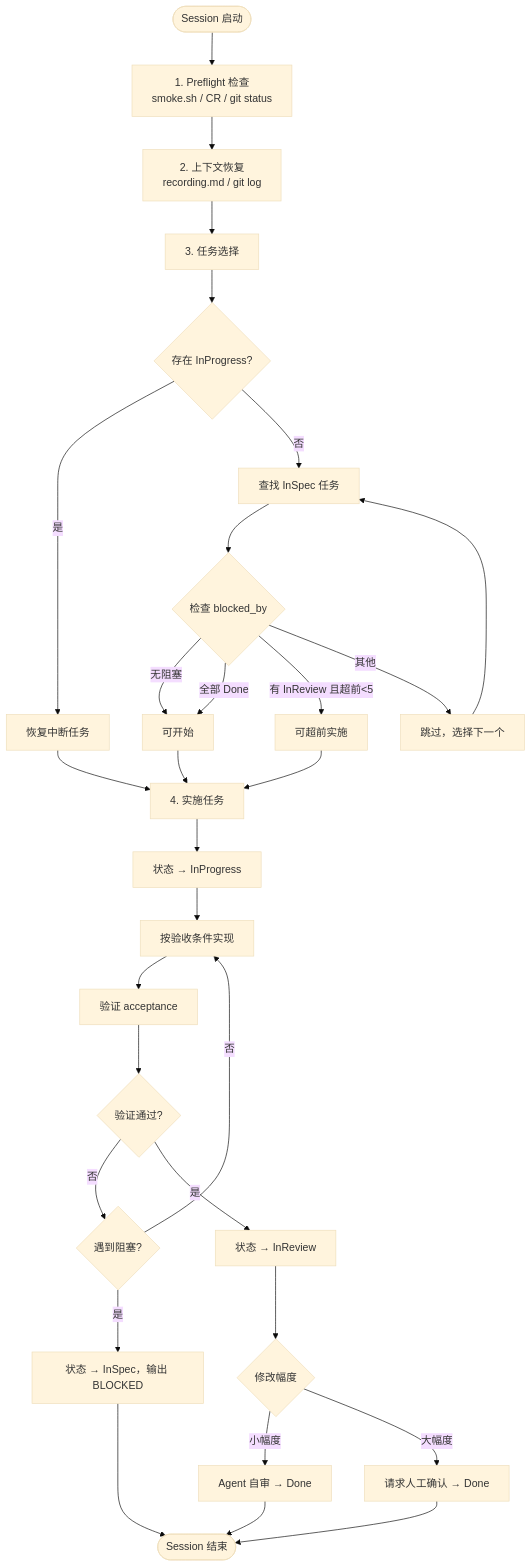
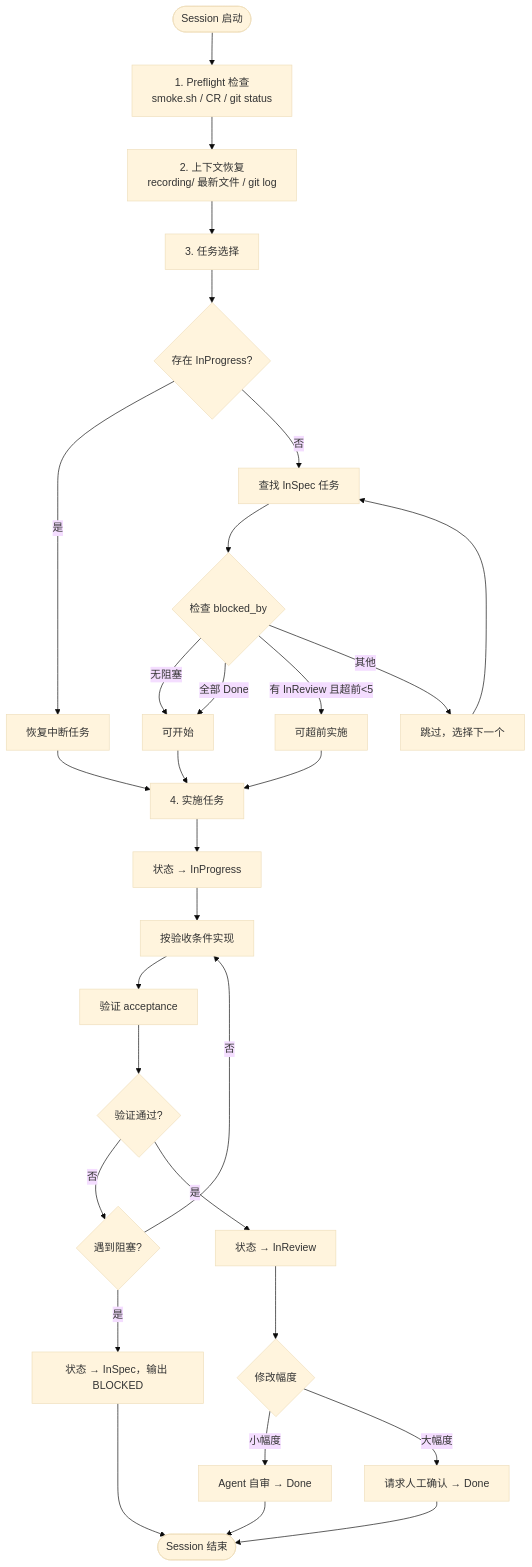
Before and after one commit to ssdiwu/diwu-workflow: the fourth of 4 diagrams in README.md, drawn with Mermaid (base theme). The commit also changed other lines of this file and 4 other files, not shown here.

````diff
--- a/README.md
+++ b/README.md
@@ -211,39 +211,39 @@
 ```mermaid
 flowchart TD
     Start([Session 启动]) --> Preflight[1. Preflight 检查<br>smoke.sh / CR / git status]
-    Preflight --> Context[2. 上下文恢复<br>recording.md / git log]
+    Preflight --> Context[2. 上下文恢复<br>recording/ 最新文件 / git log]
     Context --> SelectTask[3. 任务选择]
 
     SelectTask --> CheckInProgress{存在 InProgress?}
     CheckInProgress -->|是| ResumeTask[恢复中断任务]
     CheckInProgress -->|否| FindInSpec[查找 InSpec 任务]
 
     FindInSpec --> CheckBlocked{检查 blocked_by}
     CheckBlocked -->|无阻塞| CanStart[可开始]
     CheckBlocked -->|全部 Done| CanStart
     CheckBlocked -->|有 InReview 且超前<5| CanAdvance[可超前实施]
     CheckBlocked -->|其他| SkipTask[跳过，选择下一个]
     SkipTask --> FindInSpec
 
     CanStart --> Implement[4. 实施任务]
     CanAdvance --> Implement
     ResumeTask --> Implement
 
     Implement --> SetInProgress[状态 → InProgress]
     SetInProgress --> CodeImpl[按验收条件实现]
     CodeImpl --> Verify[验证 acceptance]
 
     Verify --> VerifyOK{验证通过?}
     VerifyOK -->|否| Blocked{遇到阻塞?}
     Blocked -->|是| SetInSpec[状态 → InSpec，输出 BLOCKED]
     Blocked -->|否| CodeImpl
 
     VerifyOK -->|是| SetInReview[状态 → InReview]
     SetInReview --> CheckScope{修改幅度}
     CheckScope -->|小幅度| AgentReview[Agent 自审 → Done]
     CheckScope -->|大幅度| HumanReview[请求人工确认 → Done]
 
     AgentReview --> End
     HumanReview --> End
     SetInSpec --> End([Session 结束])
 ```
````
